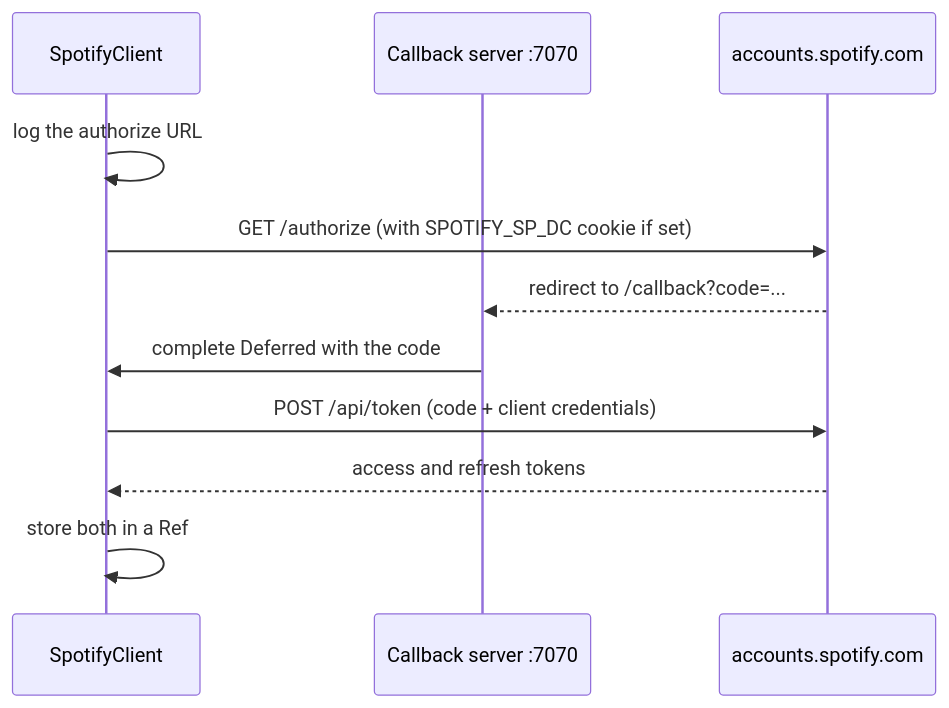
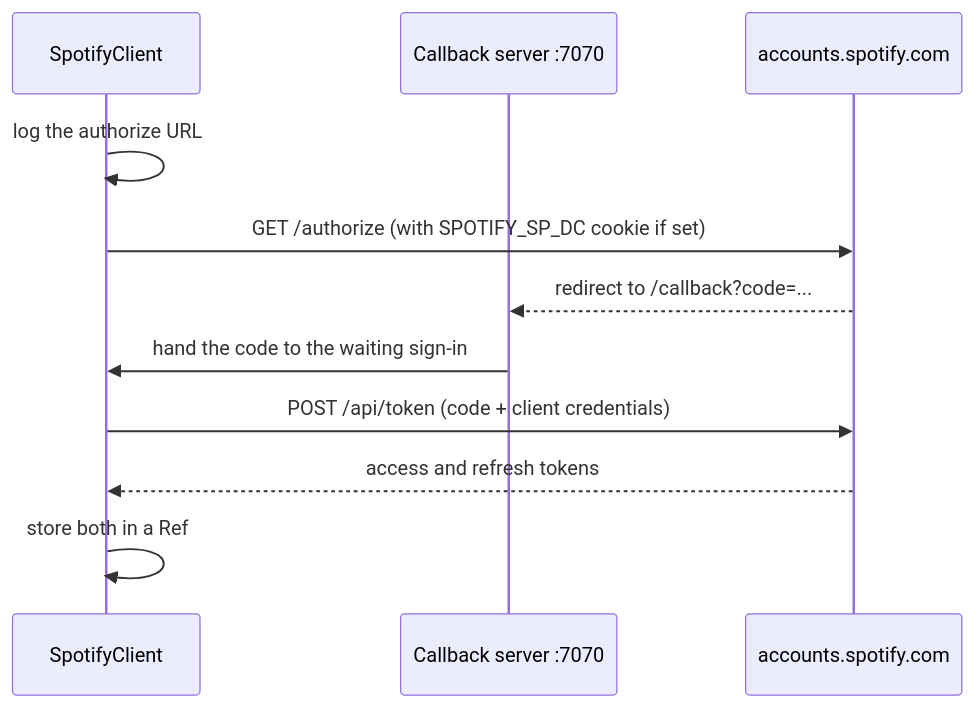
The first of 3 diagrams in docs/how-it-works.md (LorenzoPrinsloo/spotify-hue-sync), drawn with Mermaid before and after one commit. The commit also changed other lines of this file and 5 other files, not shown here.

Commit message:
Retry sign-in with a fresh code after a failed code exchange

````diff
--- a/docs/how-it-works.md
+++ b/docs/how-it-works.md
@@ -9,14 +9,14 @@
 ```mermaid
 sequenceDiagram
     participant App as SpotifyClient
     participant CB as Callback server :7070
     participant Acc as accounts.spotify.com
 
     App->>App: log the authorize URL
     App->>Acc: GET /authorize (with SPOTIFY_SP_DC cookie if set)
     Acc-->>CB: redirect to /callback?code=...
-    CB->>App: complete Deferred with the code
+    CB->>App: hand the code to the waiting sign-in
     App->>Acc: POST /api/token (code + client credentials)
     Acc-->>App: access and refresh tokens
     App->>App: store both in a Ref
 ```
````
